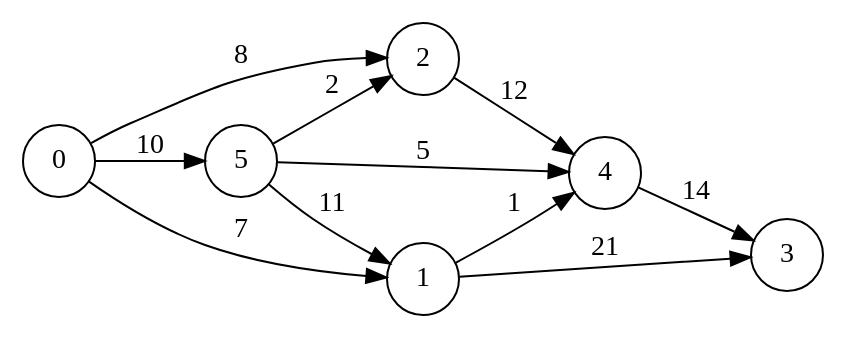
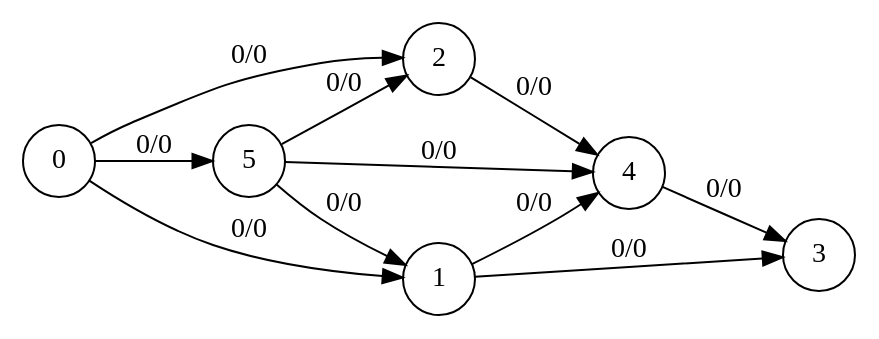
One commit to aurelienmichaud/ocaml-ford-fulkerson changed the diagram in graphs/graph3.dot. Above: the diagram before and after it, drawn with Graphviz. The commit also changed 23 other files, not shown here.

Commit message:
repair export and tested flownet svg on flownet10

```diff
--- a/graphs/graph3.dot
+++ b/graphs/graph3.dot
@@ -1,15 +1,14 @@
 digraph finite_state_machine {
 	rankdir=LR;
-	size="8,5"
 	node [shape = circle];
-	0 -> 2 [ label = "8" ];
-	0 -> 5 [ label = "10" ];
-	0 -> 1 [ label = "7" ];
-	2 -> 4 [ label = "12" ];
-	5 -> 4 [ label = "5" ];
-	5 -> 2 [ label = "2" ];
-	5 -> 1 [ label = "11" ];
-	1 -> 4 [ label = "1" ];
-	1 -> 3 [ label = "21" ];
-	4 -> 3 [ label = "14" ];
+	0 -> 2 [ label = "0/0" ];
+	0 -> 5 [ label = "0/0" ];
+	0 -> 1 [ label = "0/0" ];
+	2 -> 4 [ label = "0/0" ];
+	5 -> 4 [ label = "0/0" ];
+	5 -> 2 [ label = "0/0" ];
+	5 -> 1 [ label = "0/0" ];
+	1 -> 4 [ label = "0/0" ];
+	1 -> 3 [ label = "0/0" ];
+	4 -> 3 [ label = "0/0" ];
 }
```
